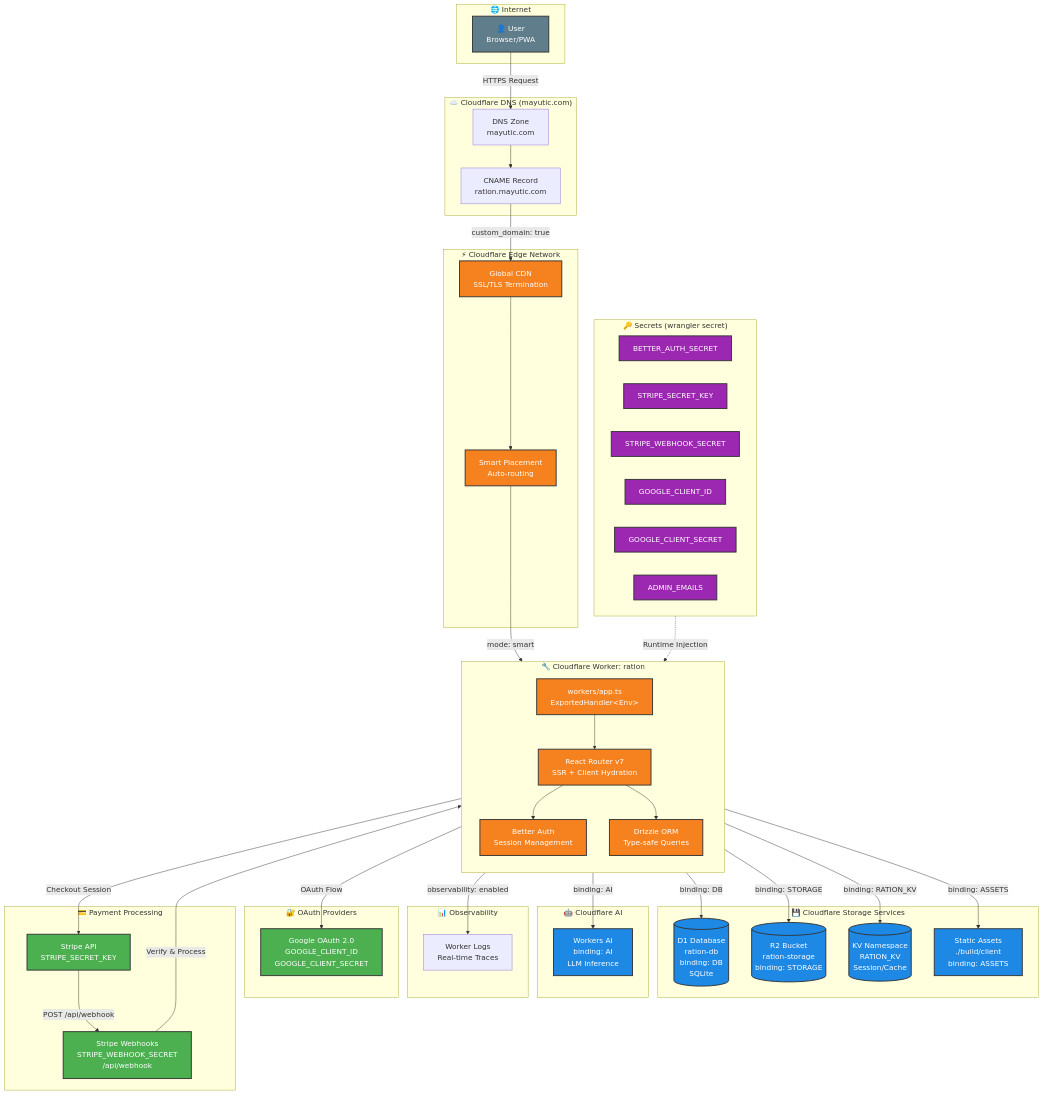
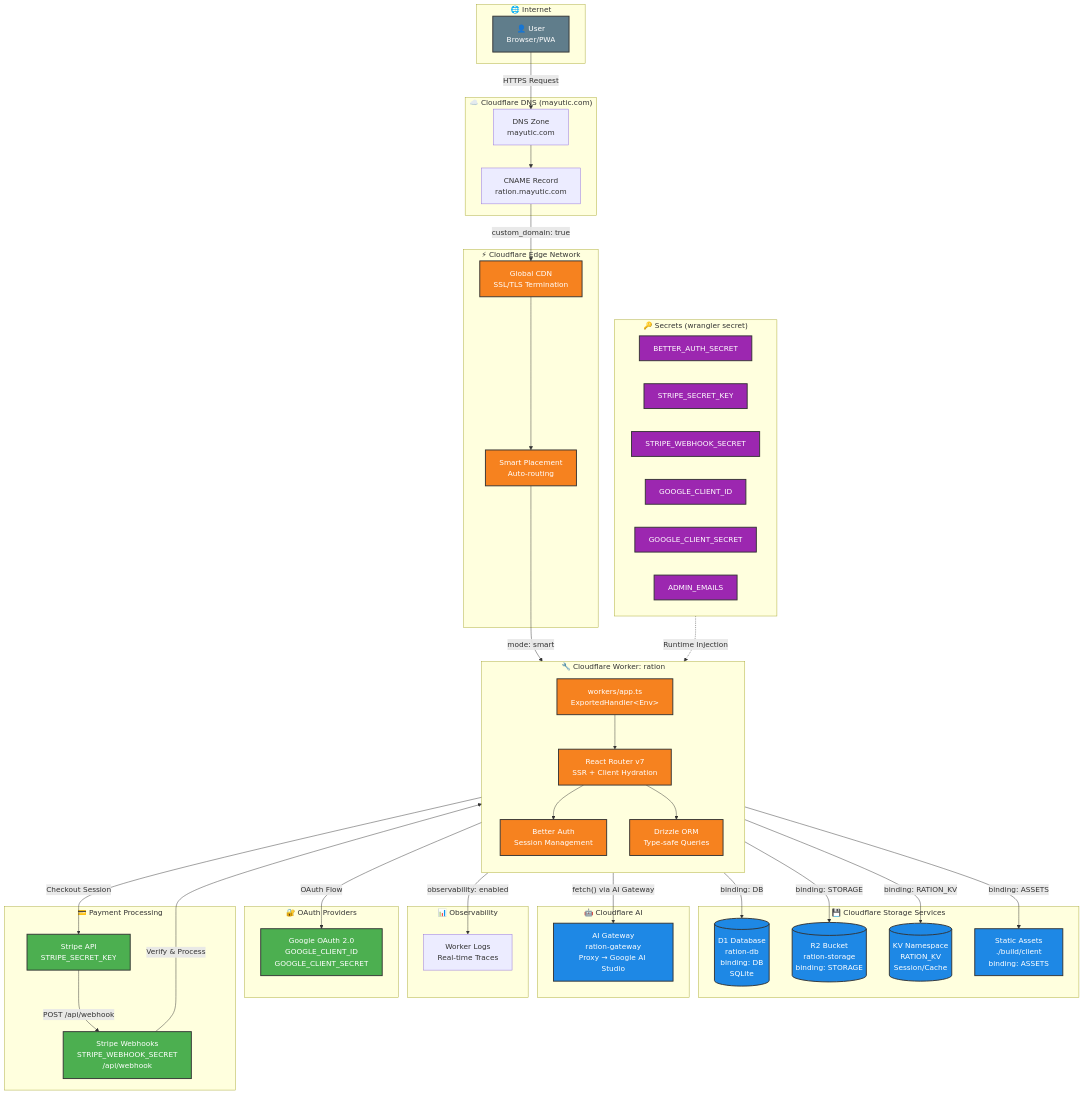
The first of 12 diagrams in README.md (bjamesdowning/ration-mirror), drawn with Mermaid before and after one commit. The commit also changed other lines of this file, not shown here.

```diff
--- a/README.md
+++ b/README.md
@@ -34,7 +69,7 @@
     end
 
     subgraph CloudflareAI["🤖 Cloudflare AI"]
-        WorkersAI["Workers AI<br/>binding: AI<br/>LLM Inference"]
+        AIGateway["AI Gateway<br/>ration-gateway<br/>Proxy → Google AI Studio"]
     end
 
     subgraph CloudflareObservability["📊 Observability"]
@@ -71,7 +106,7 @@
     Worker -->|"binding: STORAGE"| R2
     Worker -->|"binding: RATION_KV"| KV
     Worker -->|"binding: ASSETS"| Assets
-    Worker -->|"binding: AI"| WorkersAI
+    Worker -->|"fetch() via AI Gateway"| AIGateway
     Worker -->|"observability: enabled"| Logs
 
     BetterAuth -->|"OAuth Flow"| Google
@@ -89,7 +124,7 @@
     classDef user fill:#607d8b,stroke:#333,stroke-width:2px,color:#fff
 
     class Worker,ReactRouter,BetterAuth,DrizzleORM,CDN,SmartPlacement cloudflare
-    class D1,R2,KV,Assets,WorkersAI storage
+    class D1,R2,KV,Assets,AIGateway storage
     class Google,Stripe,StripeWebhook external
     class S1,S2,S3,S4,S5,S6 secrets
     class User user
```
